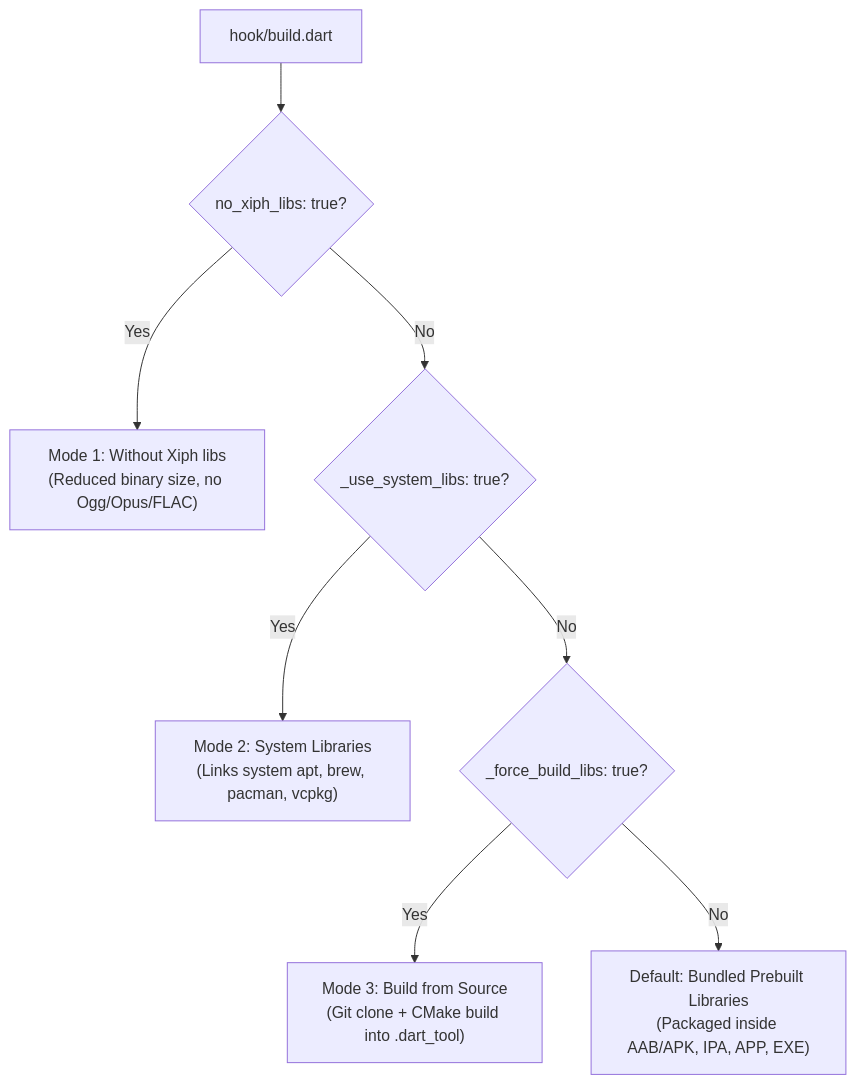
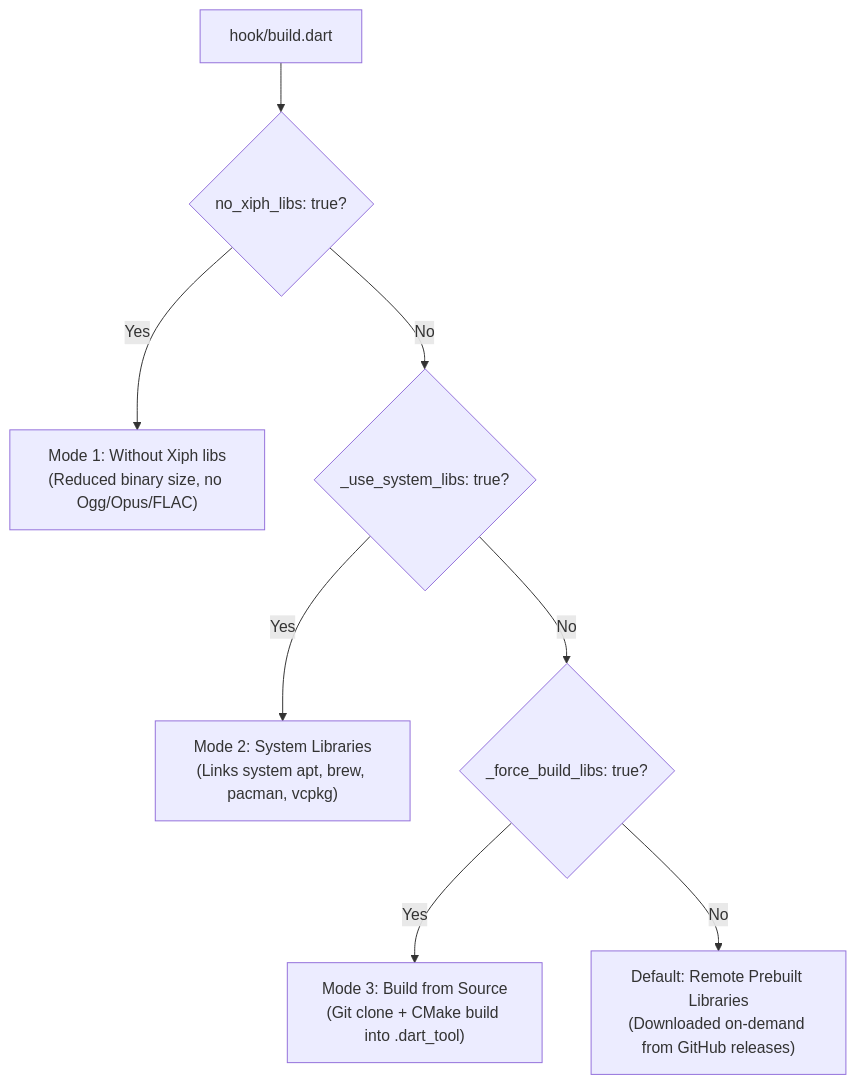
Before and after one commit to alnitak/flutter_soloud_docs: the diagram in docs/get_started/xiph_libs.mdx, drawn with Mermaid. The commit also changed other lines of this file and 4 other files, not shown here.

````diff
--- a/docs/get_started/xiph_libs.mdx
+++ b/docs/get_started/xiph_libs.mdx
@@ -12,10 +12,10 @@
 ```mermaid
 flowchart TD
     A["hook/build.dart"] --> B{"no_xiph_libs: true?"}
     B -- Yes --> C["Mode 1: Without Xiph libs<br/>(Reduced binary size, no Ogg/Opus/FLAC)"]
     B -- No --> D{"<platform>_use_system_libs: true?"}
     D -- Yes --> E["Mode 2: System Libraries<br/>(Links system apt, brew, pacman, vcpkg)"]
     D -- No --> F{"<platform>_force_build_libs: true?"}
     F -- Yes --> G["Mode 3: Build from Source<br/>(Git clone + CMake build into .dart_tool)"]
-    F -- No --> H["Default: Bundled Prebuilt Libraries<br/>(Packaged inside AAB/APK, IPA, APP, EXE)"]
+    F -- No --> H["Default: Remote Prebuilt Libraries<br/>(Downloaded on-demand from GitHub releases)"]
 ```
````
